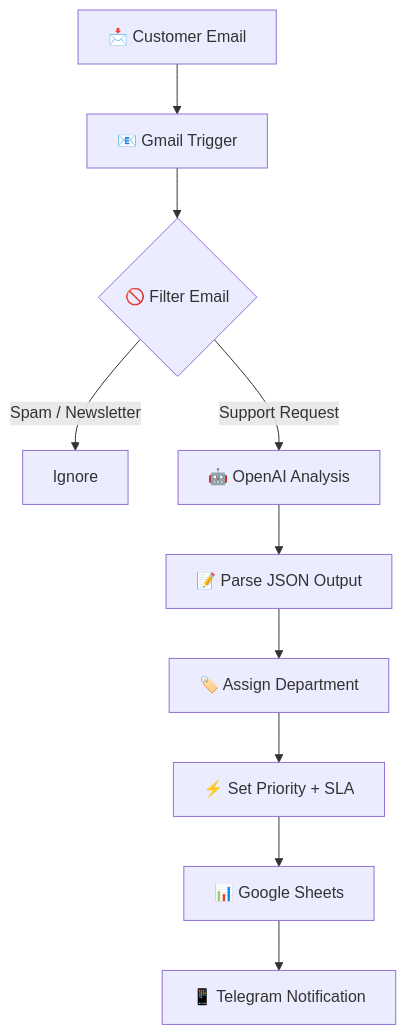
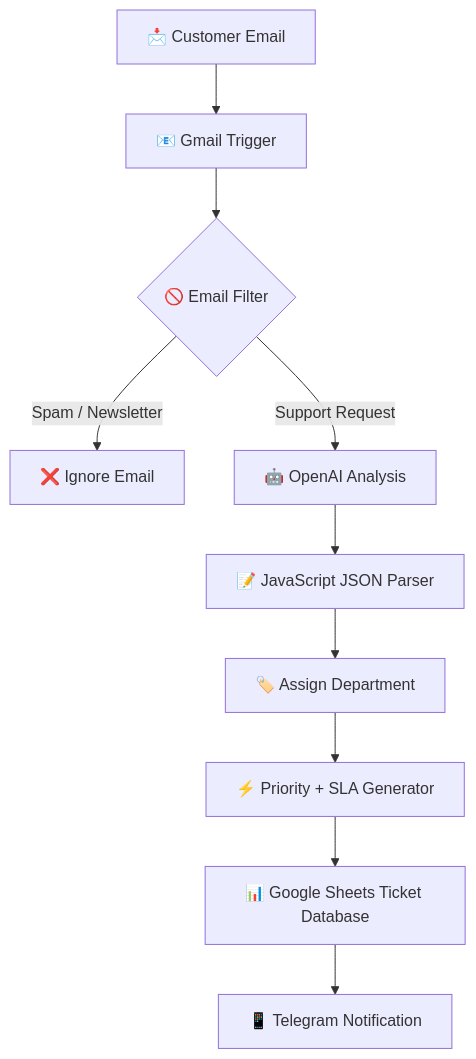
One commit to belioautomation/AI-Customer-Support-Ticket-Triage changed the diagram in README.md. Above: the diagram before and after it, drawn with Mermaid. The commit also changed other lines of this file, not shown here.

`````diff
--- a/README.md
+++ b/README.md
@@ -86,30 +119,33 @@
 ```mermaid
 flowchart TD
 
 
 A["📩 Customer Email"]
 
 --> B["📧 Gmail Trigger"]
 
 
-B --> C{"🚫 Filter Email"}
+B --> C{"🚫 Email Filter"}
 
 
-C -->|Spam / Newsletter| D["Ignore"]
+C -->|Spam / Newsletter| D["❌ Ignore Email"]
+
 
 C -->|Support Request| E["🤖 OpenAI Analysis"]
 
 
-E --> F["📝 Parse JSON Output"]
+E --> F["📝 JavaScript JSON Parser"]
 
 
 F --> G["🏷️ Assign Department"]
 
-G --> H["⚡ Set Priority + SLA"]
+
+G --> H["⚡ Priority + SLA Generator"]
 
 
-H --> I["📊 Google Sheets"]
+H --> I["📊 Google Sheets Ticket Database"]
+
 
 I --> J["📱 Telegram Notification"]
 
 ````
`````
